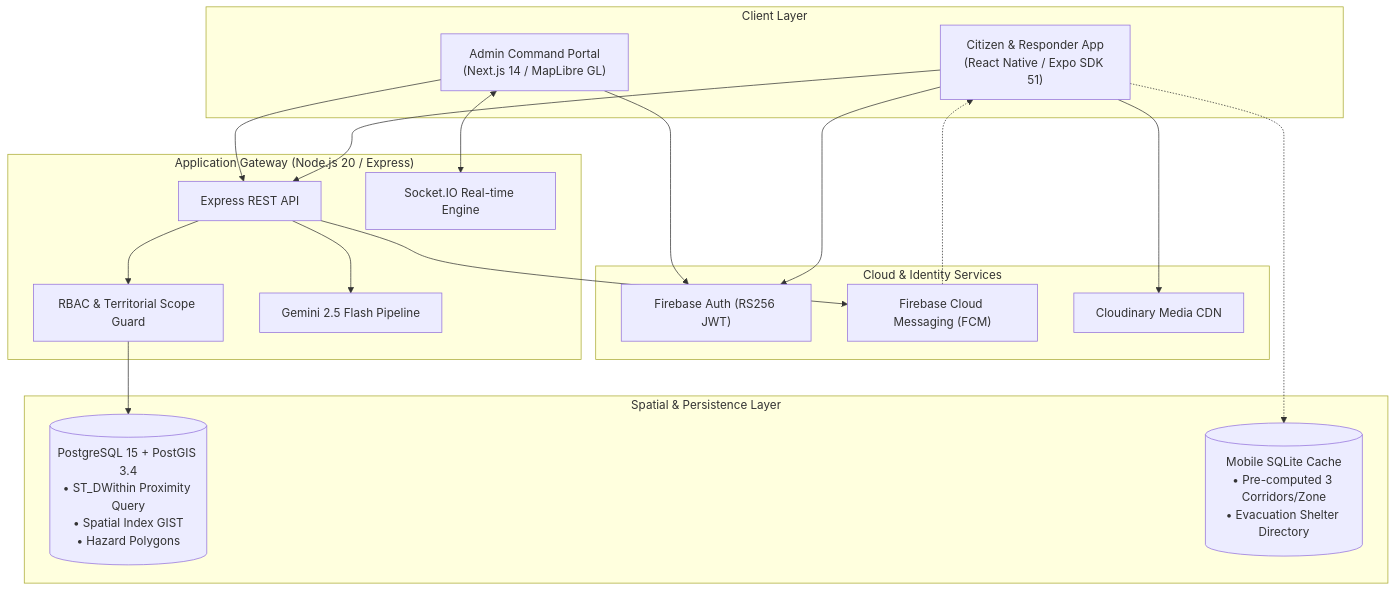
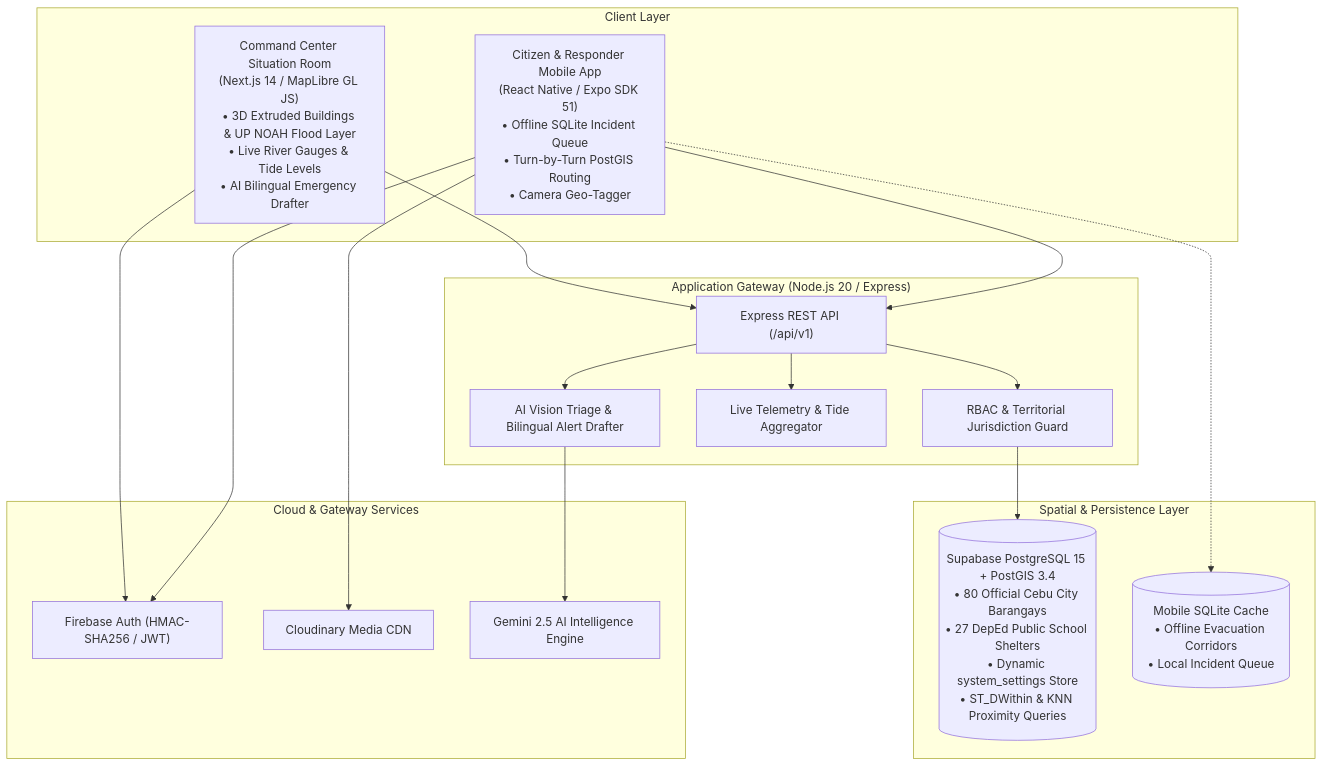
One commit to oznerta/CebuFloodWatch changed the diagram in docs/ARCHITECTURE.md. Above: the diagram before and after it, drawn with Mermaid. The commit also changed other lines of this file and 4 other files, not shown here.

Commit message:
docs: synchronize all architecture, database schema, API specifications, and project context with latest system features

````diff
--- a/docs/ARCHITECTURE.md
+++ b/docs/ARCHITECTURE.md
@@ -7,40 +7,39 @@
 ```mermaid
 graph TD
     subgraph Clients ["Client Layer"]
-        Mobile["Citizen & Responder App<br/>(React Native / Expo SDK 51)"]
-        Web["Admin Command Portal<br/>(Next.js 14 / MapLibre GL)"]
+        Mobile["Citizen & Responder Mobile App<br/>(React Native / Expo SDK 51)<br/>• Offline SQLite Incident Queue<br/>• Turn-by-Turn PostGIS Routing<br/>• Camera Geo-Tagger"]
+        Web["Command Center Situation Room<br/>(Next.js 14 / MapLibre GL JS)<br/>• 3D Extruded Buildings & UP NOAH Flood Layer<br/>• Live River Gauges & Tide Levels<br/>• AI Bilingual Emergency Drafter"]
     end
 
-    subgraph Edge ["Cloud & Identity Services"]
-        FirebaseAuth["Firebase Auth (RS256 JWT)"]
-        FCM["Firebase Cloud Messaging (FCM)"]
+    subgraph Edge ["Cloud & Gateway Services"]
+        FirebaseAuth["Firebase Auth (HMAC-SHA256 / JWT)"]
         Cloudinary["Cloudinary Media CDN"]
+        GeminiAI["Gemini 2.5 AI Intelligence Engine"]
     end
 
     subgraph Backend ["Application Gateway (Node.js 20 / Express)"]
-        Router["Express REST API"]
-        SocketEngine["Socket.IO Real-time Engine"]
-        AuthGuard["RBAC & Territorial Scope Guard"]
-        AIService["Gemini 2.5 Flash Pipeline"]
+        Router["Express REST API (/api/v1)"]
+        AuthGuard["RBAC & Territorial Jurisdiction Guard"]
+        SensorEngine["Live Telemetry & Tide Aggregator"]
+        AIService["AI Vision Triage & Bilingual Alert Drafter"]
     end
 
     subgraph DataStore ["Spatial & Persistence Layer"]
-        PostgreSQL[("PostgreSQL 15 + PostGIS 3.4<br/>• ST_DWithin Proximity Query<br/>• Spatial Index GIST<br/>• Hazard Polygons")]
-        SQLite[("Mobile SQLite Cache<br/>• Pre-computed 3 Corridors/Zone<br/>• Evacuation Shelter Directory")]
+        PostgreSQL[("Supabase PostgreSQL 15 + PostGIS 3.4<br/>• 80 Official Cebu City Barangays<br/>• 27 DepEd Public School Shelters<br/>• Dynamic system_settings Store<br/>• ST_DWithin & KNN Proximity Queries")]
+        SQLite[("Mobile SQLite Cache<br/>• Offline Evacuation Corridors<br/>• Local Incident Queue")]
     end
 
     Mobile --> FirebaseAuth
     Web --> FirebaseAuth
     Mobile --> Router
     Mobile --> Cloudinary
     Mobile -.-> SQLite
 
     Web --> Router
-    Web <--> SocketEngine
 
     Router --> AuthGuard
     AuthGuard --> PostgreSQL
     Router --> AIService
-    Router --> FCM
-    FCM -.-> Mobile
+    AIService --> GeminiAI
+    Router --> SensorEngine
 ```
````
